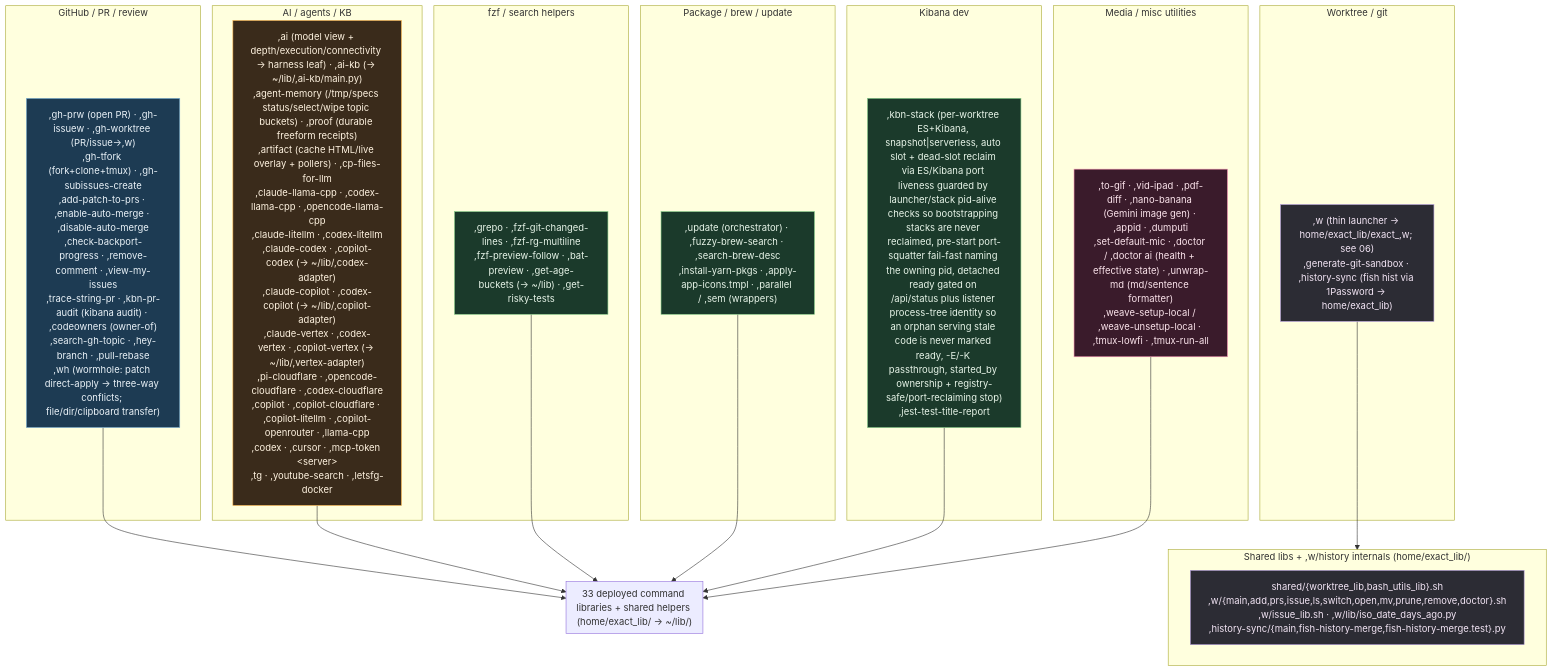
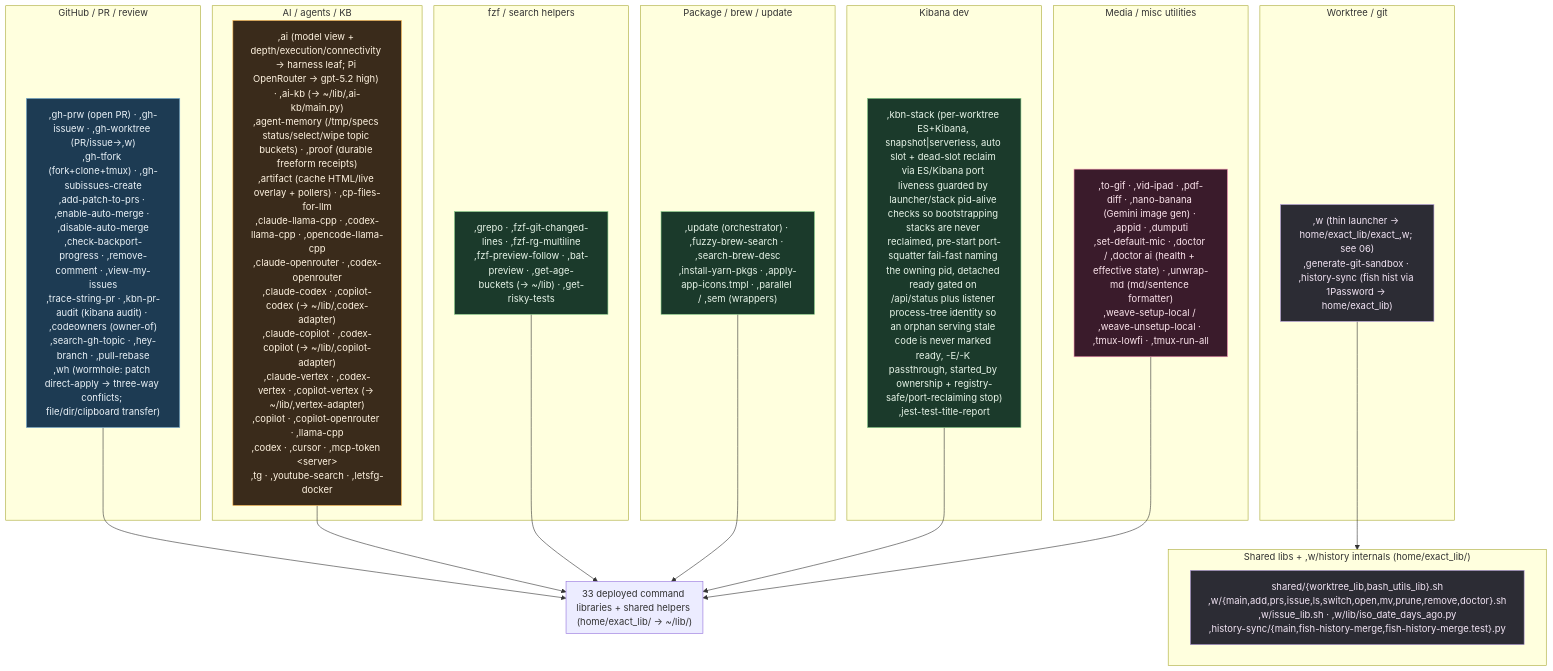
The diagram in .mermaids/07c-bin-commands.mmd (kapral18/dotfiles), drawn with Mermaid before and after one commit. The commit also changed 171 other files, not shown here.

```diff
--- a/.mermaids/07c-bin-commands.mmd
+++ b/.mermaids/07c-bin-commands.mmd
@@ -1,55 +1,55 @@
 %% ============================================================================
-%% 07c-bin-commands.mmd — Every thin command in home/exact_bin/ (82 thin commands)
-%% plus deployed internals in home/exact_lib/ (75 command/shared library files).
+%% 07c-bin-commands.mmd — Every thin command in home/exact_bin/ (77 thin commands)
+%% plus deployed internals in home/exact_lib/ (73 command/shared library files).
 %% executable_,* → ~/bin/,* (comma-prefixed user commands); home/exact_lib/exact_,name/
 %% → ~/lib/,name/. verify-bin-surface keeps each command covered by fish
 %% completions, docs, catalog, and non-orphaned command libraries.
 %% ============================================================================
 flowchart TB
     classDef gh fill:#1d3b53,stroke:#7fb3d5,color:#eaf2f8;
     classDef wt fill:#2c2c34,stroke:#b39ddb,color:#f3e5f5;
     classDef ai fill:#3a2b1b,stroke:#ffb74d,color:#fff3e0;
     classDef media fill:#3a1b2b,stroke:#f48fb1,color:#fce4ec;
     classDef sys fill:#1b3a2b,stroke:#81c784,color:#e8f5e9;
 
     subgraph GHC["GitHub / PR / review"]
         G[",gh-prw (open PR) · ,gh-issuew · ,gh-worktree (PR/issue→,w)<br/>,gh-tfork (fork+clone+tmux) · ,gh-subissues-create<br/>,add-patch-to-prs · ,enable-auto-merge · ,disable-auto-merge<br/>,check-backport-progress · ,remove-comment · ,view-my-issues<br/>,trace-string-pr · ,kbn-pr-audit (kibana audit) · ,codeowners (owner-of)<br/>,search-gh-topic · ,hey-branch · ,pull-rebase<br/>,wh (wormhole: patch direct-apply → three-way conflicts; file/dir/clipboard transfer)"]:::gh
     end
 
     subgraph WTC["Worktree / git"]
         W[",w (thin launcher → home/exact_lib/exact_,w; see 06)<br/>,generate-git-sandbox · ,history-sync (fish hist via 1Password → home/exact_lib)"]:::wt
     end
 
     subgraph AIC["AI / agents / KB"]
-        A[",ai (model view + depth/execution/connectivity → harness leaf) · ,ai-kb (→ ~/lib/,ai-kb/main.py)<br/>,agent-memory (/tmp/specs status/select/wipe topic buckets) · ,proof (durable freeform receipts)<br/>,artifact (cache HTML/live overlay + pollers) · ,cp-files-for-llm<br/>,claude-llama-cpp · ,codex-llama-cpp · ,opencode-llama-cpp<br/>,claude-litellm · ,codex-litellm<br/>,claude-codex · ,copilot-codex (→ ~/lib/,codex-adapter)<br/>,claude-copilot · ,codex-copilot (→ ~/lib/,copilot-adapter)<br/>,claude-vertex · ,codex-vertex · ,copilot-vertex (→ ~/lib/,vertex-adapter)<br/>,pi-cloudflare · ,opencode-cloudflare · ,codex-cloudflare<br/>,copilot · ,copilot-cloudflare · ,copilot-litellm · ,copilot-openrouter · ,llama-cpp<br/>,codex · ,cursor · ,mcp-token &lt;server&gt;<br/>,tg · ,youtube-search · ,letsfg-docker"]:::ai
+        A[",ai (model view + depth/execution/connectivity → harness leaf; Pi OpenRouter → gpt-5.2 high) · ,ai-kb (→ ~/lib/,ai-kb/main.py)<br/>,agent-memory (/tmp/specs status/select/wipe topic buckets) · ,proof (durable freeform receipts)<br/>,artifact (cache HTML/live overlay + pollers) · ,cp-files-for-llm<br/>,claude-llama-cpp · ,codex-llama-cpp · ,opencode-llama-cpp<br/>,claude-openrouter · ,codex-openrouter<br/>,claude-codex · ,copilot-codex (→ ~/lib/,codex-adapter)<br/>,claude-copilot · ,codex-copilot (→ ~/lib/,copilot-adapter)<br/>,claude-vertex · ,codex-vertex · ,copilot-vertex (→ ~/lib/,vertex-adapter)<br/>,copilot · ,copilot-openrouter · ,llama-cpp<br/>,codex · ,cursor · ,mcp-token &lt;server&gt;<br/>,tg · ,youtube-search · ,letsfg-docker"]:::ai
     end
 
     subgraph FZFC["fzf / search helpers"]
         F[",grepo · ,fzf-git-changed-lines · ,fzf-rg-multiline<br/>,fzf-preview-follow · ,bat-preview · ,get-age-buckets (→ ~/lib) · ,get-risky-tests"]:::sys
     end
 
     subgraph PKGC["Package / brew / update"]
         P[",update (orchestrator) · ,fuzzy-brew-search · ,search-brew-desc<br/>,install-yarn-pkgs · ,apply-app-icons.tmpl · ,parallel / ,sem (wrappers)"]:::sys
     end
 
     subgraph KBNC["Kibana dev"]
         K[",kbn-stack (per-worktree ES+Kibana, snapshot|serverless, auto slot + dead-slot reclaim via ES/Kibana port liveness guarded by launcher/stack pid-alive checks so bootstrapping stacks are never reclaimed, pre-start port-squatter fail-fast naming the owning pid, detached ready gated on /api/status plus listener process-tree identity so an orphan serving stale code is never marked ready, -E/-K passthrough, started_by ownership + registry-safe/port-reclaiming stop)<br/>,jest-test-title-report"]:::sys
     end
 
     subgraph MEDIA["Media / misc utilities"]
         M[",to-gif · ,vid-ipad · ,pdf-diff · ,nano-banana (Gemini image gen) · ,appid · ,dumputi<br/>,set-default-mic · ,doctor / ,doctor ai (health + effective state) · ,unwrap-md (md/sentence formatter)<br/>,weave-setup-local / ,weave-unsetup-local · ,tmux-lowfi · ,tmux-run-all"]:::media
     end
 
     subgraph LIBS["Shared libs + ,w/history internals (home/exact_lib/)"]
         L["shared/{worktree_lib,bash_utils_lib}.sh<br/>,w/{main,add,prs,issue,ls,switch,open,mv,prune,remove,doctor}.sh<br/>,w/issue_lib.sh · ,w/lib/iso_date_days_ago.py<br/>,history-sync/{main,fish-history-merge,fish-history-merge.test}.py"]:::wt
     end
     W --> LIBS
 
     subgraph CMDLIBS["33 deployed command libraries + shared helpers (home/exact_lib/ → ~/lib/)"]
     end
     G --> CMDLIBS
     A --> CMDLIBS
     F --> CMDLIBS
     P --> CMDLIBS
     K --> CMDLIBS
     M --> CMDLIBS
```
